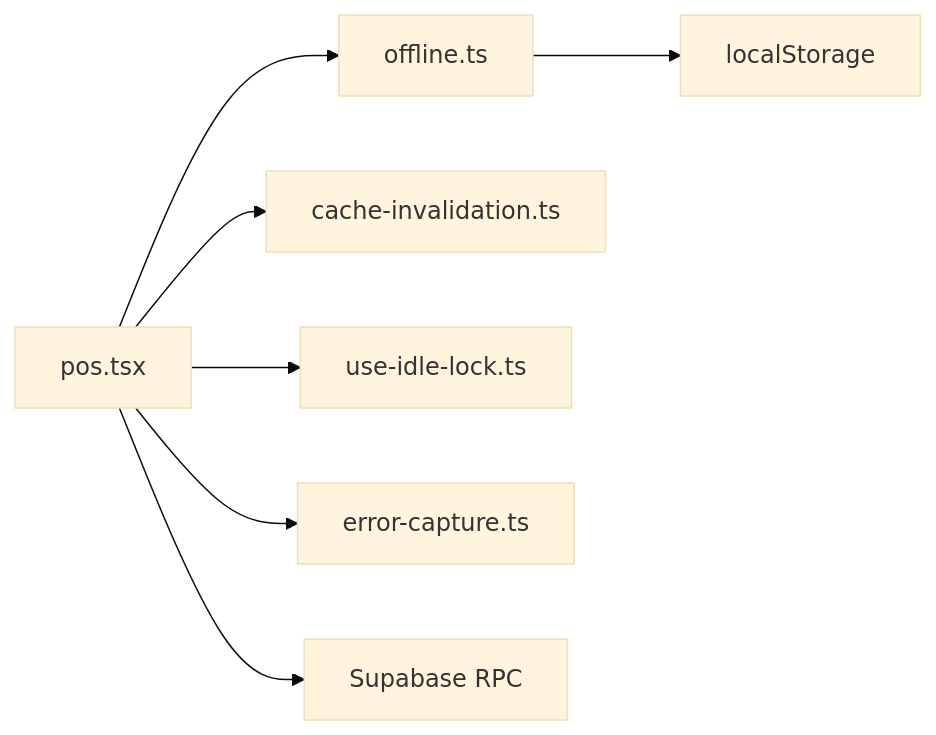
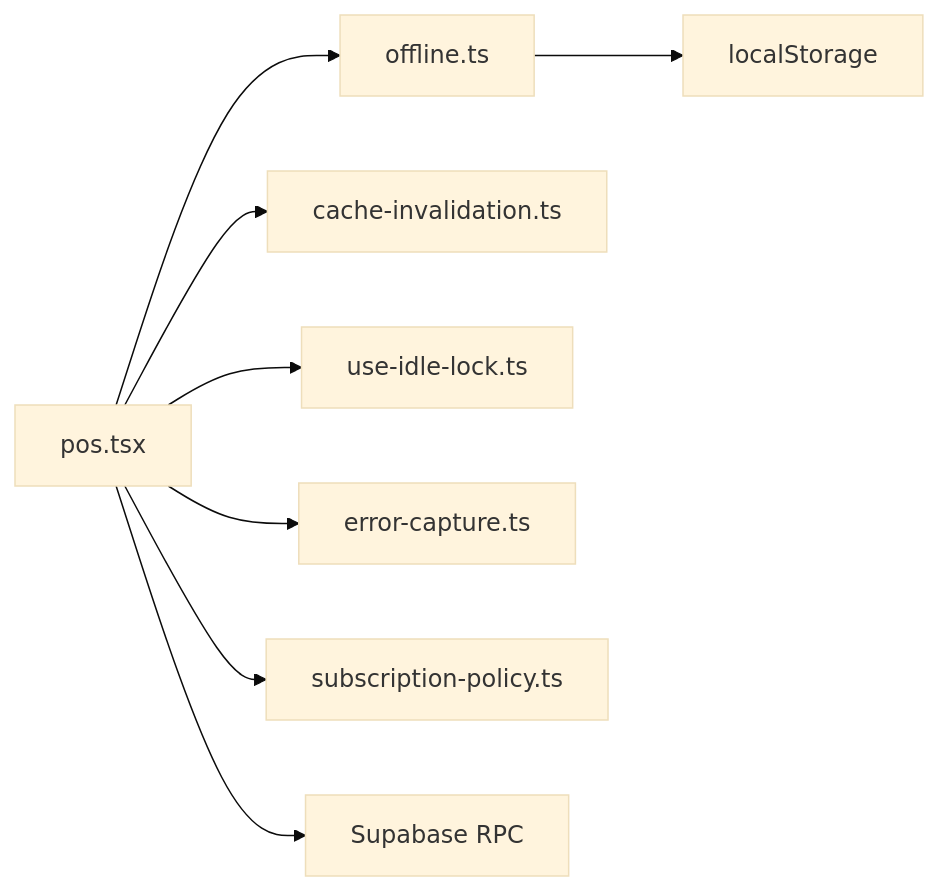
The tenth of 10 diagrams in .qoder/repowiki/en/content/Offline Capabilities/Offline Capabilities.md (themclloyd/storq), drawn with Mermaid (base theme) before and after one commit. The commit also changed other lines of this file and 31 other files, not shown here.

````diff
--- a/.qoder/repowiki/en/content/Offline Capabilities/Offline Capabilities.md
+++ b/.qoder/repowiki/en/content/Offline Capabilities/Offline Capabilities.md
@@ -359,9 +398,10 @@
 ```mermaid
 graph LR
 Pos["pos.tsx"] --> Offline["offline.ts"]
 Pos --> CacheInv["cache-invalidation.ts"]
 Pos --> Idle["use-idle-lock.ts"]
 Pos --> Errors["error-capture.ts"]
+Pos --> SubPolicy["subscription-policy.ts"]
 Offline --> LocalStorage["localStorage"]
 Pos --> Supabase["Supabase RPC"]
 ```
````
